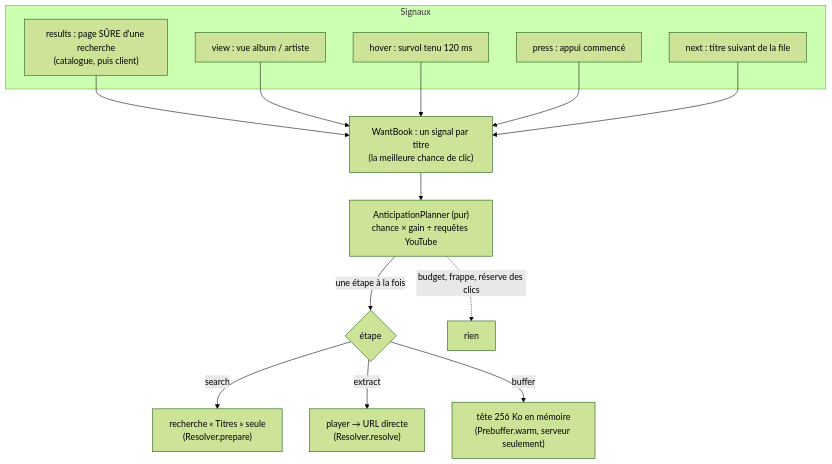
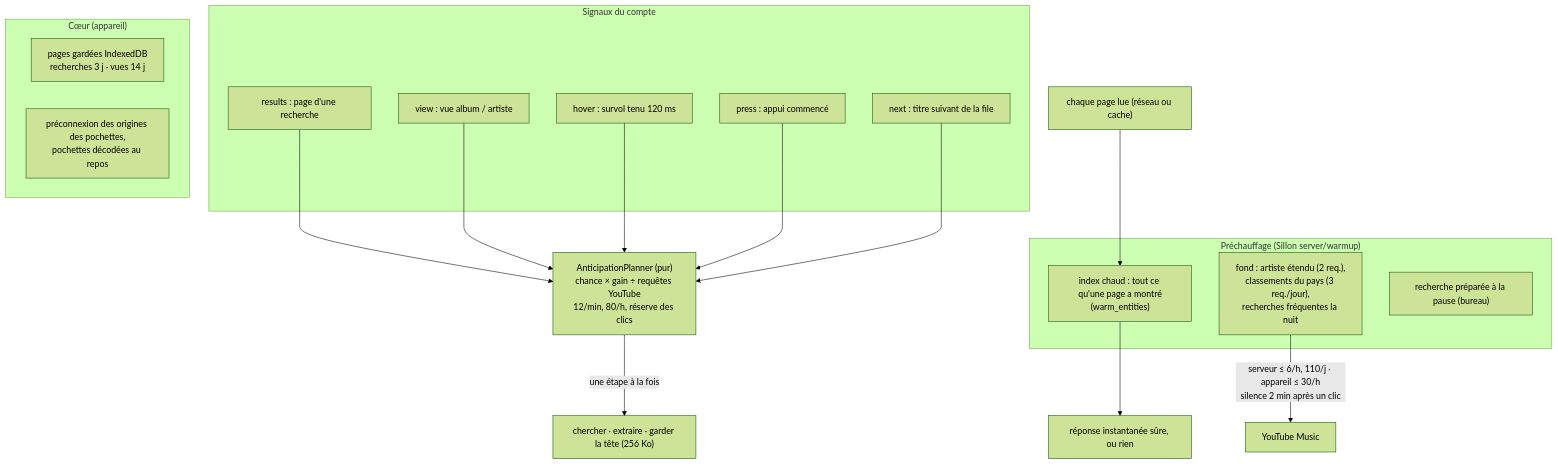
The seventh of 8 diagrams in docs/octave/CARTOGRAPHIE.md (Knaox/Tentacle-TV), drawn with Mermaid (forest theme) before and after one commit. The commit also changed other lines of this file, not shown here.

Commit message:
docs(octave) : cartographie de l'intégration finale — catalogue YouTube Music, préchauffage, bureau délégué, titre choisi, radio, décisions et restes

````diff
--- a/docs/octave/CARTOGRAPHIE.md
+++ b/docs/octave/CARTOGRAPHIE.md
@@ -528,17 +577,24 @@
 ```mermaid
 flowchart TD
-  subgraph Signaux
-    R["results : page SÛRE d'une recherche<br/>(catalogue, puis client)"]
+  subgraph Signaux["Signaux du compte"]
+    R["results : page d'une recherche"]
     V["view : vue album / artiste"]
     H["hover : survol tenu 120 ms"]
     P["press : appui commencé"]
     N["next : titre suivant de la file"]
   end
-  R & V & H & P & N --> WB["WantBook : un signal par titre<br/>(la meilleure chance de clic)"]
-  WB --> PLN["AnticipationPlanner (pur)<br/>chance × gain ÷ requêtes YouTube"]
-  PLN -->|une étape à la fois| ST{"étape"}
-  ST -->|search| S1["recherche « Titres » seule<br/>(Resolver.prepare)"]
-  ST -->|extract| S2["player → URL directe<br/>(Resolver.resolve)"]
-  ST -->|buffer| S3["tête 256 Ko en mémoire<br/>(Prebuffer.warm, serveur seulement)"]
-  PLN -.->|budget, frappe, réserve des clics| X["rien"]
+  R & V & H & P & N --> PLN["AnticipationPlanner (pur)<br/>chance × gain ÷ requêtes YouTube<br/>12/min, 80/h, réserve des clics"]
+  PLN -->|une étape à la fois| ST["chercher · extraire · garder la tête (256 Ko)"]
+  subgraph Warm["Préchauffage (Sillon server/warmup)"]
+    IDX["index chaud : tout ce qu'une page a montré<br/>(warm_entities)"]
+    JOBS["fond : artiste étendu (2 req.),<br/>classements du pays (3 req./jour),<br/>recherches fréquentes la nuit"]
+    TYP["recherche préparée à la pause (bureau)"]
+  end
+  PAGE["chaque page lue (réseau ou cache)"] --> IDX
+  IDX --> ANS["réponse instantanée sûre, ou rien"]
+  JOBS -->|serveur ≤ 6/h, 110/j · appareil ≤ 30/h<br/>silence 2 min après un clic| YT["YouTube Music"]
+  subgraph Client["Cœur (appareil)"]
+    IDB["pages gardées IndexedDB<br/>recherches 3 j · vues 14 j"]
+    PRE["préconnexion des origines des pochettes,<br/>pochettes décodées au repos"]
+  end
 ```
````
